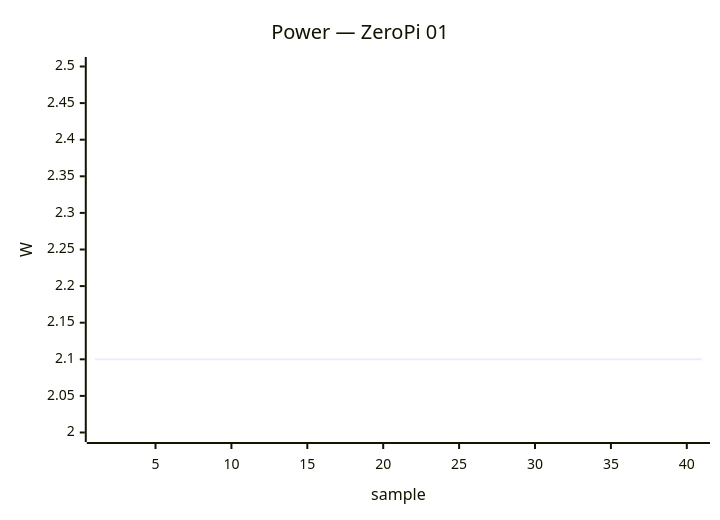
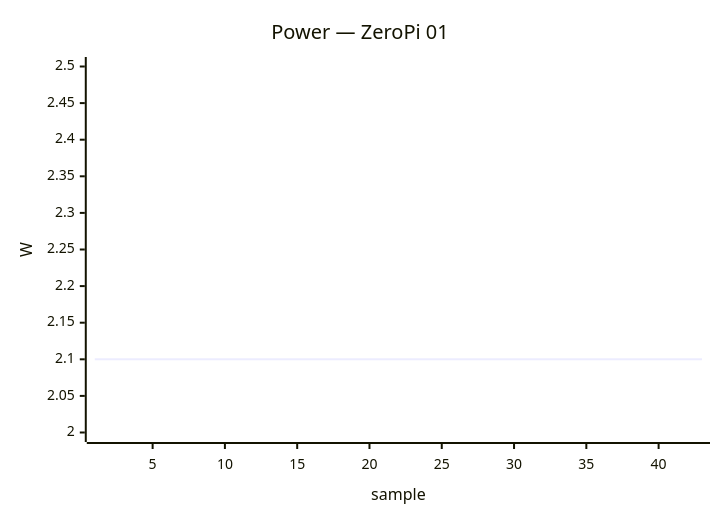
One commit to armbian/documentation changed the eighth of 34 diagrams in docs/status/board-tests.md. Above: the diagram before and after it, drawn with Mermaid. The commit also changed other lines of this file, not shown here.

````diff
--- a/docs/status/board-tests.md
+++ b/docs/status/board-tests.md
@@ -306,7 +306,7 @@
 ```mermaid
 xychart-beta
     title "Power — ZeroPi 01"
-    x-axis "sample" 1 --> 41
+    x-axis "sample" 1 --> 43
     y-axis "W" 2.0 --> 2.5
     line [2.10, 2.10, 2.10, 2.10, 2.10, 2.10, 2.10, 2.10, 2.10, 2.10, 2.10, 2.10, 2.10, 2.10, 2.10, 2.10, 2.10, 2.10, 2.10, 2.10, 2.10, 2.10, 2.10, 2.10, 2.10, 2.10, 2.10, 2.10, 2.10, 2.10, 2.10, 2.10, 2.10, 2.10, 2.10, 2.10, 2.10, 2.10, 2.10, 2.10]
 ```
````
